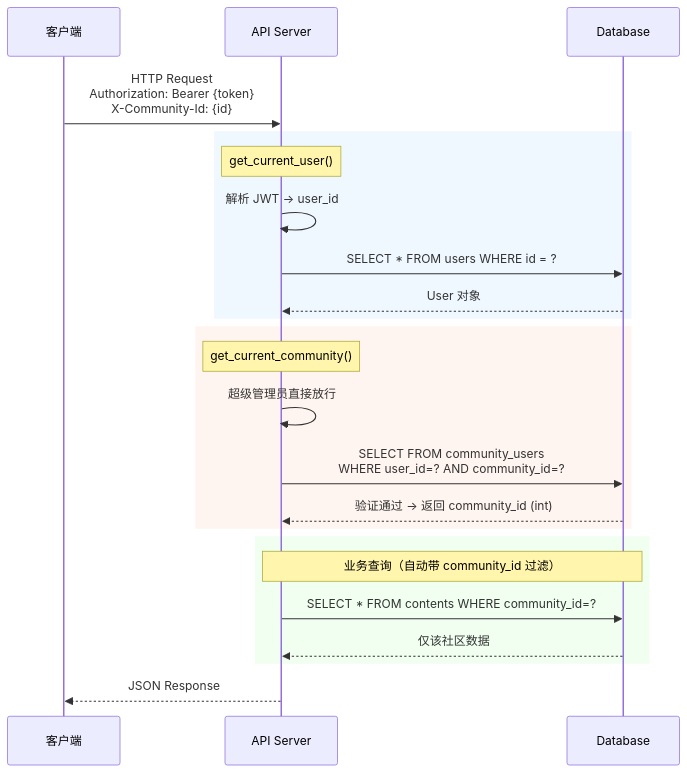
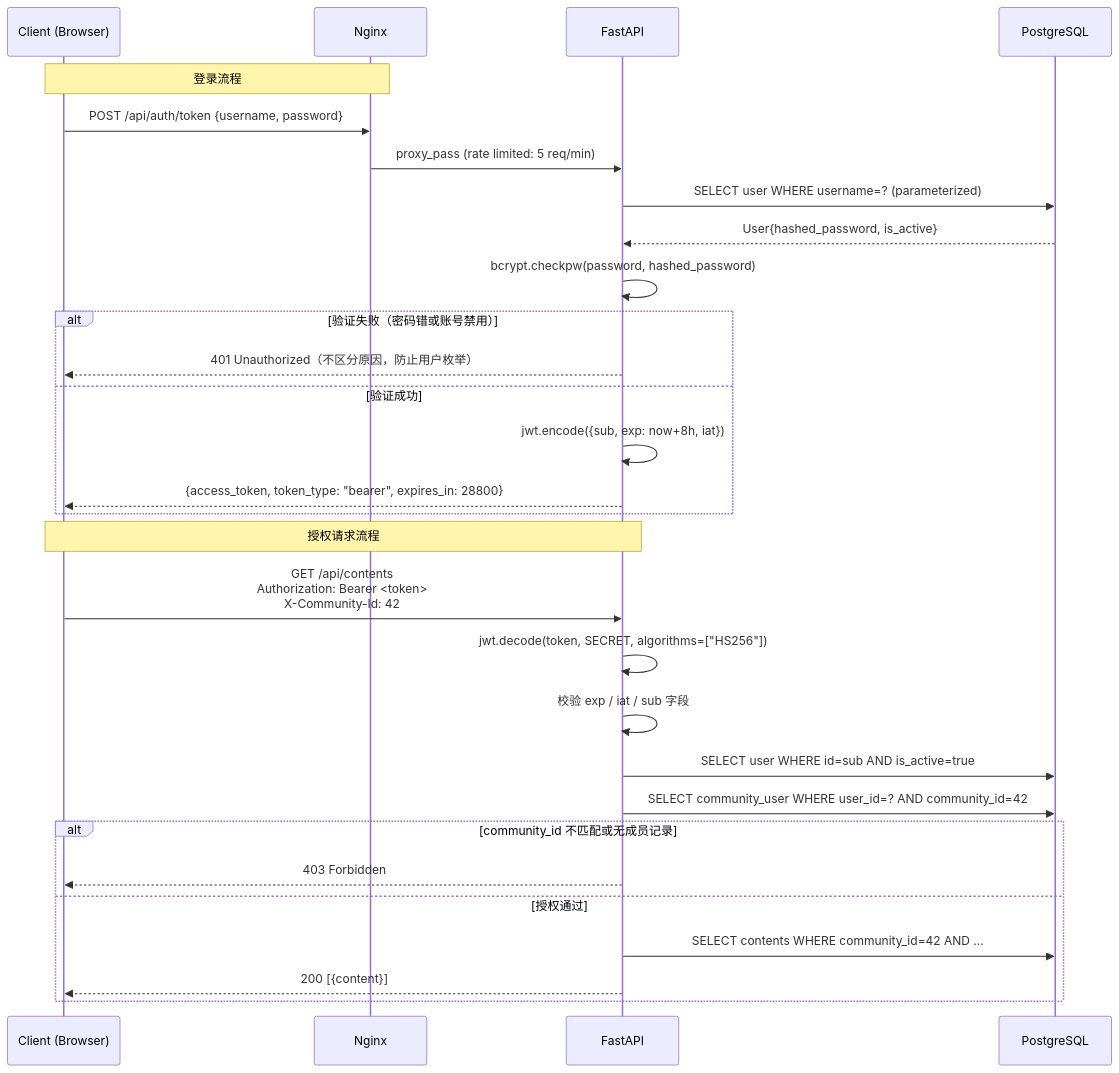
Before and after one commit to ZhengZhenyu/omnicontent: the third of 5 diagrams in docs/design/01-系统架构设计.md, drawn with Mermaid. The commit also changed other lines of this file and 11 other files, not shown here.

````diff
--- a/docs/design/01-系统架构设计.md
+++ b/docs/design/01-系统架构设计.md
@@ -117,30 +432,33 @@
 ```mermaid
 sequenceDiagram
-    participant Client as 客户端
-    participant API as API Server
-    participant DB as Database
+    participant C as Client (Browser)
+    participant N as Nginx
+    participant API as FastAPI
+    participant DB as PostgreSQL
 
-    Client->>API: HTTP Request<br/>Authorization: Bearer {token}<br/>X-Community-Id: {id}
-
-    rect rgb(240, 248, 255)
-        Note over API: get_current_user()
-        API->>API: 解析 JWT → user_id
-        API->>DB: SELECT * FROM users WHERE id = ?
-        DB-->>API: User 对象
+    Note over C,N: 登录流程
+    C->>N: POST /api/auth/token {username, password}
+    N->>API: proxy_pass (rate limited: 5 req/min)
+    API->>DB: SELECT user WHERE username=? (parameterized)
+    DB-->>API: User{hashed_password, is_active}
+    API->>API: bcrypt.checkpw(password, hashed_password)
+    alt 验证失败（密码错或账号禁用）
+        API-->>C: 401 Unauthorized（不区分原因，防止用户枚举）
+    else 验证成功
+        API->>API: jwt.encode({sub, exp: now+8h, iat})
+        API-->>C: {access_token, token_type: "bearer", expires_in: 28800}
     end
 
-    rect rgb(255, 245, 240)
-        Note over API: get_current_community()
-        API->>API: 超级管理员直接放行
-        API->>DB: SELECT FROM community_users<br/>WHERE user_id=? AND community_id=?
-        DB-->>API: 验证通过 → 返回 community_id (int)
+    Note over C,API: 授权请求流程
+    C->>API: GET /api/contents<br/>Authorization: Bearer <token><br/>X-Community-Id: 42
+    API->>API: jwt.decode(token, SECRET, algorithms=["HS256"])
+    API->>API: 校验 exp / iat / sub 字段
+    API->>DB: SELECT user WHERE id=sub AND is_active=true
+    API->>DB: SELECT community_user WHERE user_id=? AND community_id=42
+    alt community_id 不匹配或无成员记录
+        API-->>C: 403 Forbidden
+    else 授权通过
+        API->>DB: SELECT contents WHERE community_id=42 AND ...
+        API-->>C: 200 [{content}]
     end
-
-    rect rgb(240, 255, 240)
-        Note over API,DB: 业务查询（自动带 community_id 过滤）
-        API->>DB: SELECT * FROM contents WHERE community_id=?
-        DB-->>API: 仅该社区数据
-    end
-
-    API-->>Client: JSON Response
 ```
````
